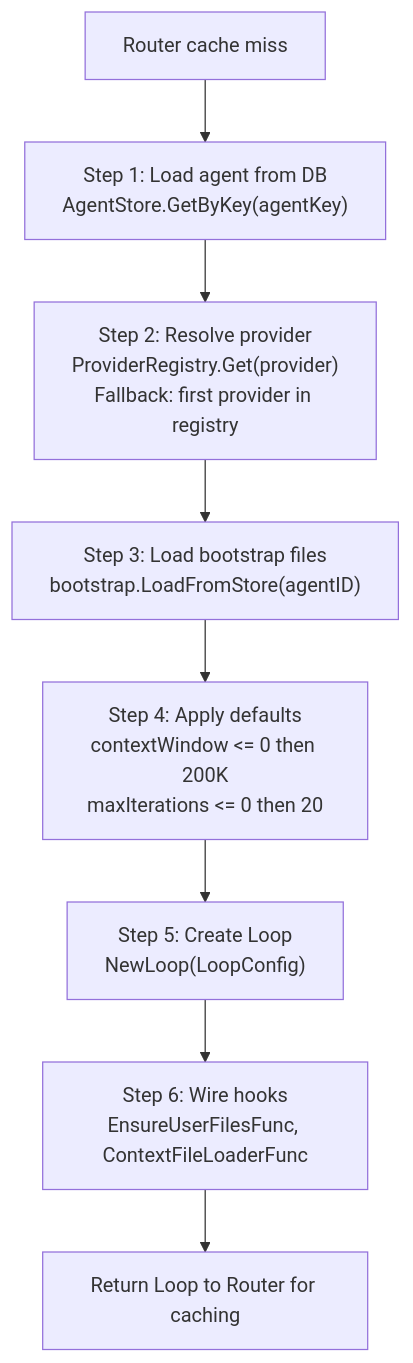
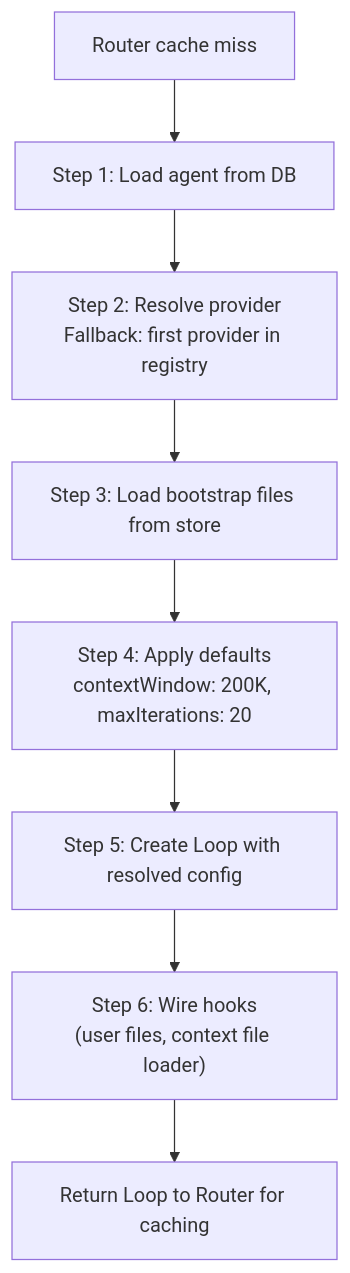
One commit to dailongmedia2603/goclaw changed the eighth of 10 diagrams in docs/01-agent-loop.md. Above: the diagram before and after it, drawn with Mermaid. The commit also changed other lines of this file and 4 other files, not shown here.

````diff
--- a/docs/01-agent-loop.md
+++ b/docs/01-agent-loop.md
@@ -590,10 +590,10 @@
 ```mermaid
 flowchart TD
-    MISS["Router cache miss"] --> LOAD["Step 1: Load agent from DB<br/>AgentStore.GetByKey(agentKey)"]
-    LOAD --> PROV["Step 2: Resolve provider<br/>ProviderRegistry.Get(provider)<br/>Fallback: first provider in registry"]
-    PROV --> BOOT["Step 3: Load bootstrap files<br/>bootstrap.LoadFromStore(agentID)"]
-    BOOT --> DEFAULTS["Step 4: Apply defaults<br/>contextWindow <= 0 then 200K<br/>maxIterations <= 0 then 20"]
-    DEFAULTS --> CREATE["Step 5: Create Loop<br/>NewLoop(LoopConfig)"]
-    CREATE --> WIRE["Step 6: Wire hooks<br/>EnsureUserFilesFunc, ContextFileLoaderFunc"]
+    MISS["Router cache miss"] --> LOAD["Step 1: Load agent from DB"]
+    LOAD --> PROV["Step 2: Resolve provider<br/>Fallback: first provider in registry"]
+    PROV --> BOOT["Step 3: Load bootstrap files from store"]
+    BOOT --> DEFAULTS["Step 4: Apply defaults<br/>contextWindow: 200K, maxIterations: 20"]
+    DEFAULTS --> CREATE["Step 5: Create Loop with resolved config"]
+    CREATE --> WIRE["Step 6: Wire hooks<br/>(user files, context file loader)"]
     WIRE --> DONE["Return Loop to Router for caching"]
 ```
````
